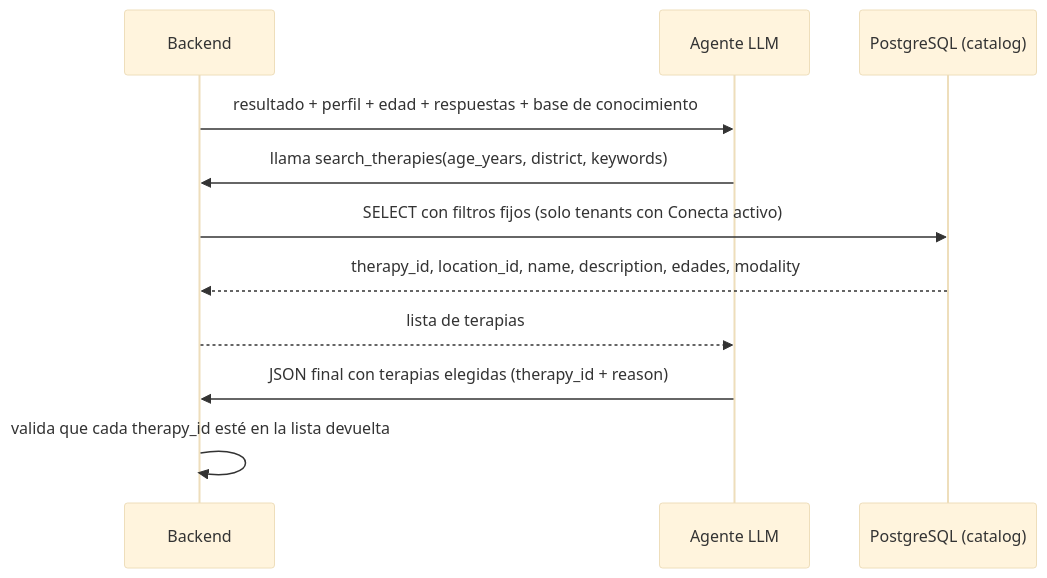
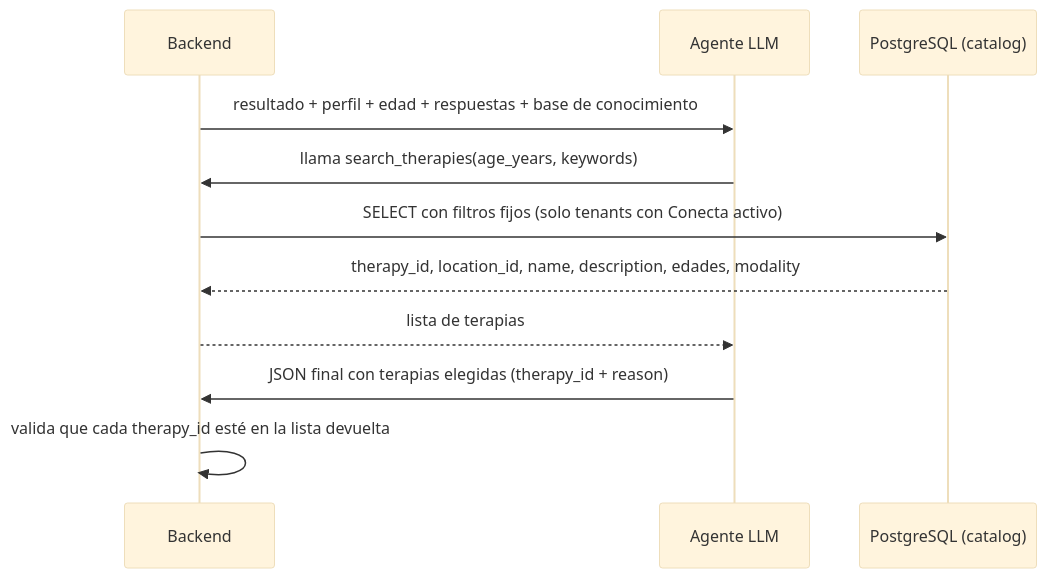
One commit to ErnestoSCL/neuroa-modelo-tamizaje changed the second of 2 diagrams in docs/consideraciones_app_tamizaje.md. Above: the diagram before and after it, drawn with Mermaid (base theme). The commit also changed other lines of this file and 11 other files, not shown here.

````diff
--- a/docs/consideraciones_app_tamizaje.md
+++ b/docs/consideraciones_app_tamizaje.md
@@ -428,13 +428,13 @@
 ```mermaid
 sequenceDiagram
     participant API as Backend
     participant LLM as Agente LLM
     participant DB as PostgreSQL (catalog)
     API->>LLM: resultado + perfil + edad + respuestas + base de conocimiento
-    LLM->>API: llama search_therapies(age_years, district, keywords)
+    LLM->>API: llama search_therapies(age_years, keywords)
     API->>DB: SELECT con filtros fijos (solo tenants con Conecta activo)
     DB-->>API: therapy_id, location_id, name, description, edades, modality
     API-->>LLM: lista de terapias
     LLM->>API: JSON final con terapias elegidas (therapy_id + reason)
     API->>API: valida que cada therapy_id esté en la lista devuelta
 ```
````
